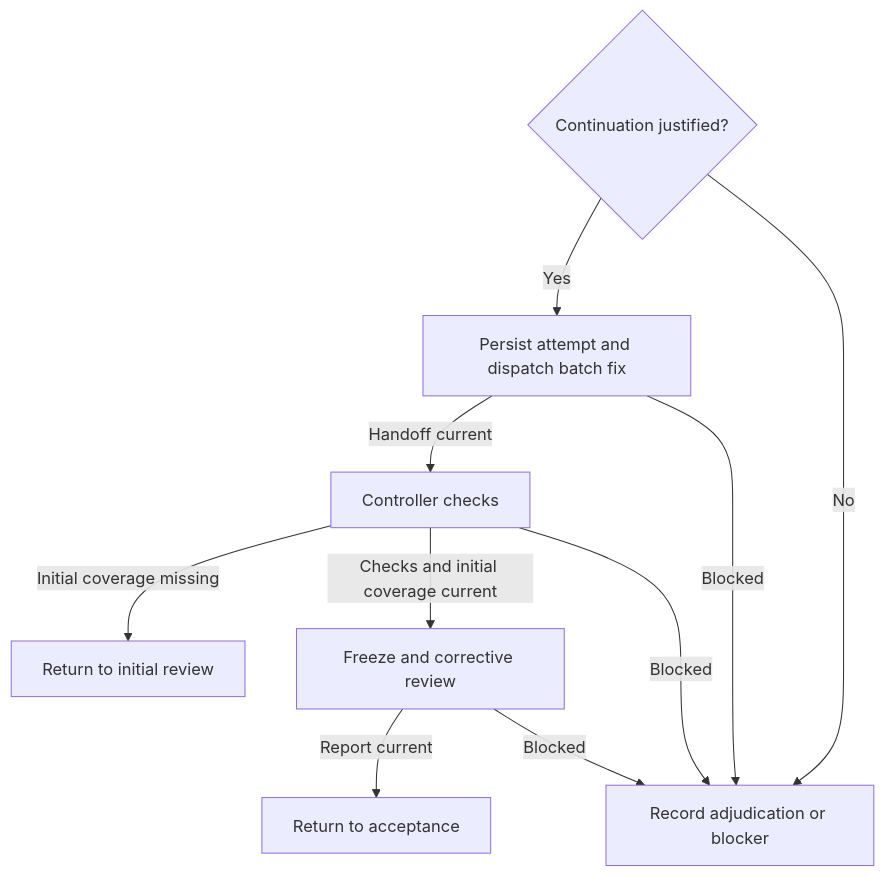
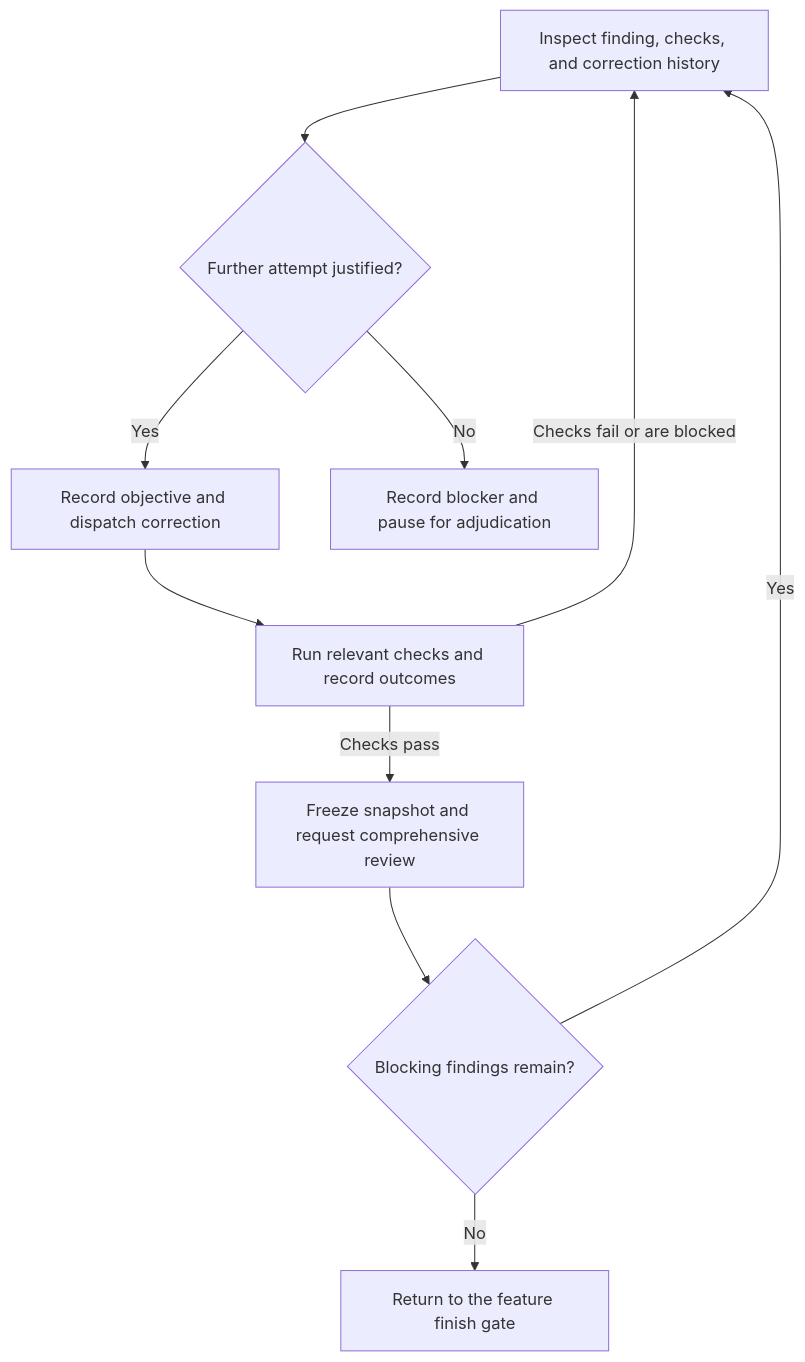
The diagram in .github/skills/int-subagent-driven-dev/references/corrective-rounds.md (UseTheFork/spindle), drawn with Mermaid before and after one commit. The commit also changed other lines of this file and 15 other files, not shown here.

````diff
--- a/.github/skills/int-subagent-driven-dev/references/corrective-rounds.md
+++ b/.github/skills/int-subagent-driven-dev/references/corrective-rounds.md
@@ -13,12 +13,12 @@
 ```mermaid
 flowchart TD
-    A{Continuation justified?} -- Yes --> B[Persist attempt and dispatch batch fix]
-    A -- No --> X[Record adjudication or blocker]
-    B -- Handoff current --> C[Controller checks]
-    B -- Blocked --> X
-    C -- Initial coverage missing --> R[Return to initial review]
-    C -- Checks and initial coverage current --> D[Freeze and corrective review]
-    C -- Blocked --> X
-    D -- Report current --> F[Return to acceptance]
-    D -- Blocked --> X
+    A[Inspect finding, checks, and correction history] --> B{Further attempt justified?}
+    B -- Yes --> C[Record objective and dispatch correction]
+    B -- No --> X[Record blocker and pause for adjudication]
+    C --> D[Run relevant checks and record outcomes]
+    D -- Checks pass --> E[Freeze snapshot and request comprehensive review]
+    D -- Checks fail or are blocked --> A
+    E --> F{Blocking findings remain?}
+    F -- Yes --> A
+    F -- No --> Y[Return to the feature finish gate]
 ```
````
